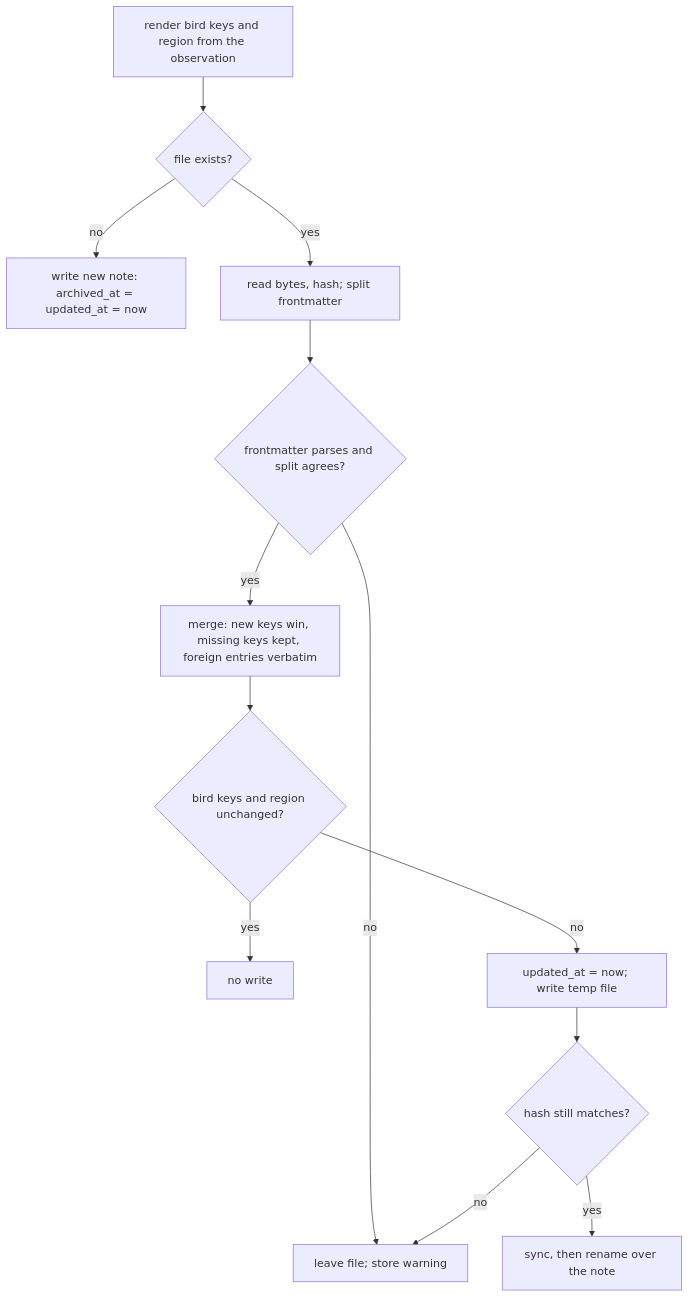
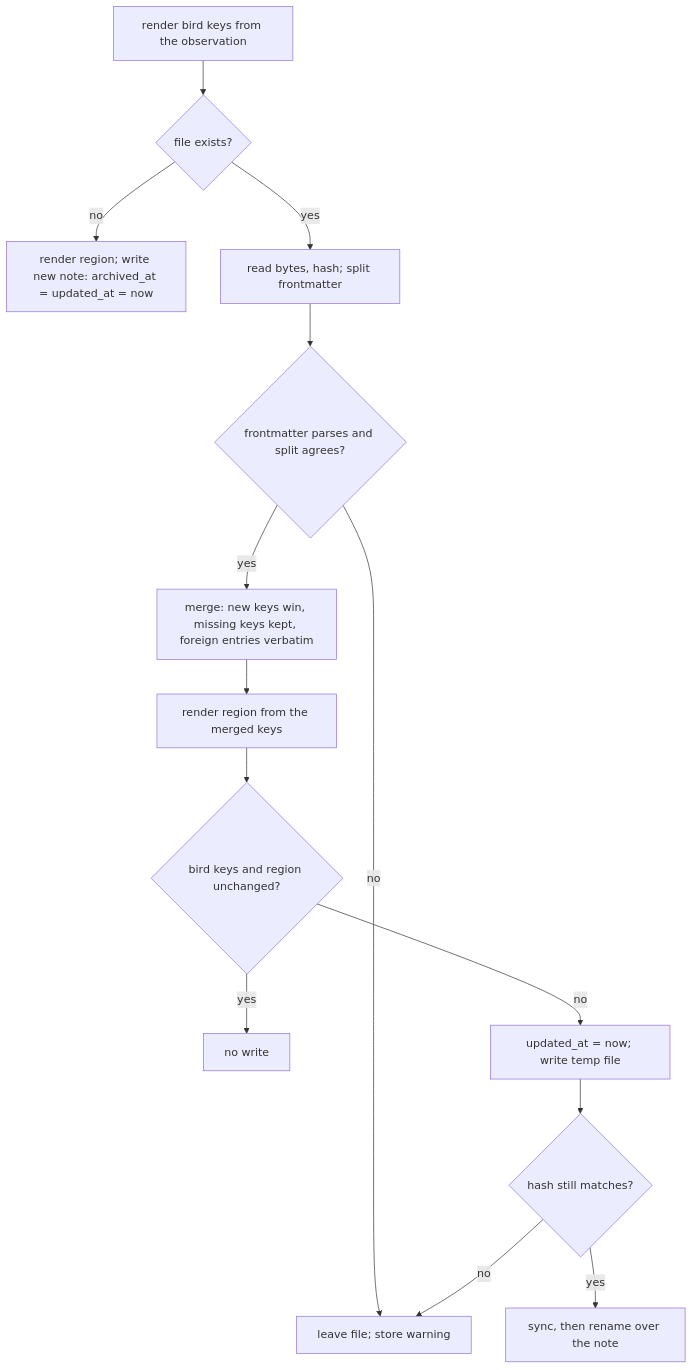
The third of 4 diagrams in docs/plans/2026-10-22-006-feat-file-store-plan.md (brettdavies/bird), drawn with Mermaid before and after one commit. The commit also changed other lines of this file and 1 other file, not shown here.

Commit message:
docs(plans): render a note's region from its merged keys in plan 006
KTD8 and the rewrite flowchart now render the region after the merge, as
#196 builds it. The backlog records #195 and #196.

````diff
--- a/docs/plans/2026-10-22-006-feat-file-store-plan.md
+++ b/docs/plans/2026-10-22-006-feat-file-store-plan.md
@@ -432,15 +435,16 @@
 ```mermaid
 flowchart TB
-  S["render bird keys and region from the observation"] --> T{"file exists?"}
-  T -->|no| W["write new note: archived_at = updated_at = now"]
+  S["render bird keys from the observation"] --> T{"file exists?"}
+  T -->|no| W["render region; write new note: archived_at = updated_at = now"]
   T -->|yes| U["read bytes, hash; split frontmatter"]
   U --> V{"frontmatter parses and split agrees?"}
   V -->|no| Z["leave file; store warning"]
   V -->|yes| M["merge: new keys win, missing keys kept, foreign entries verbatim"]
-  M --> N{"bird keys and region unchanged?"}
+  M --> MR["render region from the merged keys"]
+  MR --> N{"bird keys and region unchanged?"}
   N -->|yes| Q["no write"]
   N -->|no| P["updated_at = now; write temp file"]
   P --> R{"hash still matches?"}
   R -->|yes| O["sync, then rename over the note"]
   R -->|no| Z
 ```
````
